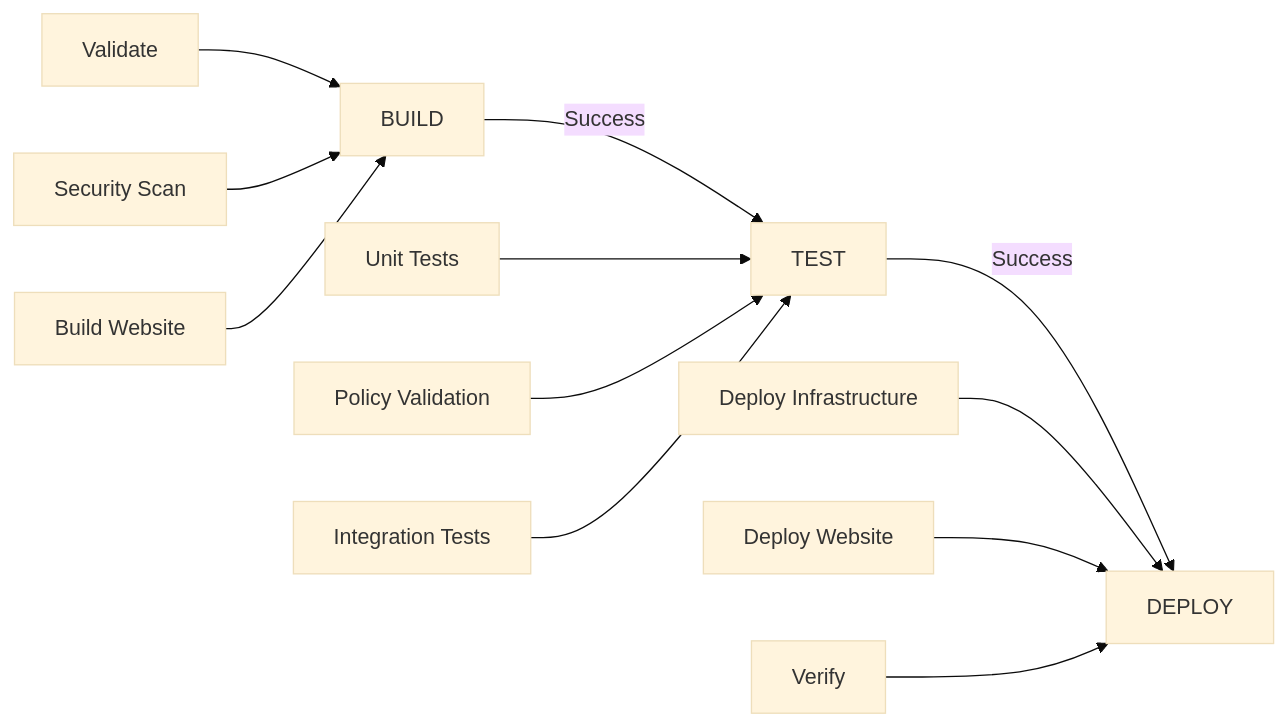
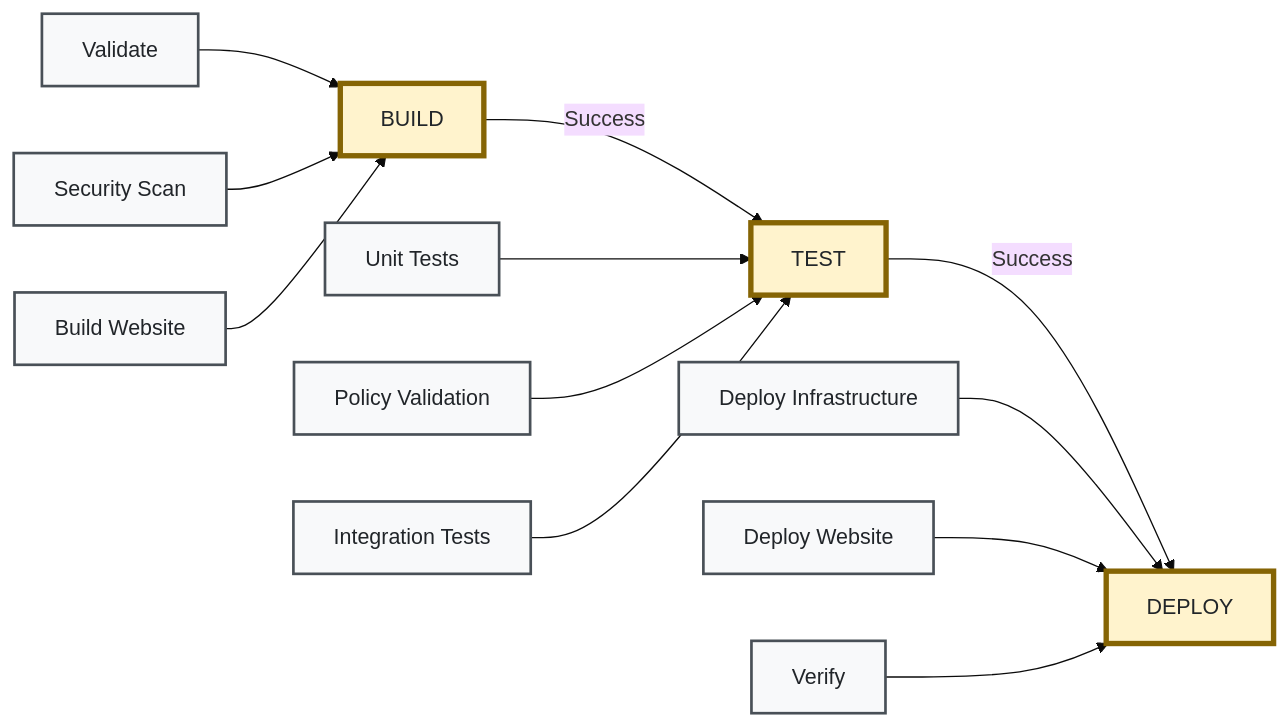
Before and after one commit to Celtikill/static-site: the diagram in docs/workflow-conditions.md, drawn with Mermaid (base theme). The commit also changed 11 other files, not shown here.

````diff
--- a/docs/workflow-conditions.md
+++ b/docs/workflow-conditions.md
@@ -26,17 +26,28 @@
 ```mermaid
 graph LR
+    %% Accessibility
+    accTitle: CI/CD Pipeline Overview
+    accDescr: Shows sequential CI/CD pipeline with three main phases: BUILD (validate, security scan, build website), TEST (unit tests, policy validation, integration tests), and DEPLOY (deploy infrastructure, deploy website, verify). Each phase must succeed before proceeding to the next.
+    
     A[BUILD] -->|Success| B[TEST]
     B -->|Success| C[DEPLOY]
     
     A1[Validate] --> A
     A2[Security Scan] --> A
     A3[Build Website] --> A
     
     B1[Unit Tests] --> B
     B2[Policy Validation] --> B
     B3[Integration Tests] --> B
     
     C1[Deploy Infrastructure] --> C
     C2[Deploy Website] --> C
     C3[Verify] --> C
+    
+    %% High-Contrast Styling for Accessibility
+    classDef phaseBox fill:#fff3cd,stroke:#856404,stroke-width:4px,color:#212529
+    classDef stepBox fill:#f8f9fa,stroke:#495057,stroke-width:2px,color:#212529
+    
+    class A,B,C phaseBox
+    class A1,A2,A3,B1,B2,B3,C1,C2,C3 stepBox
 ```
````
